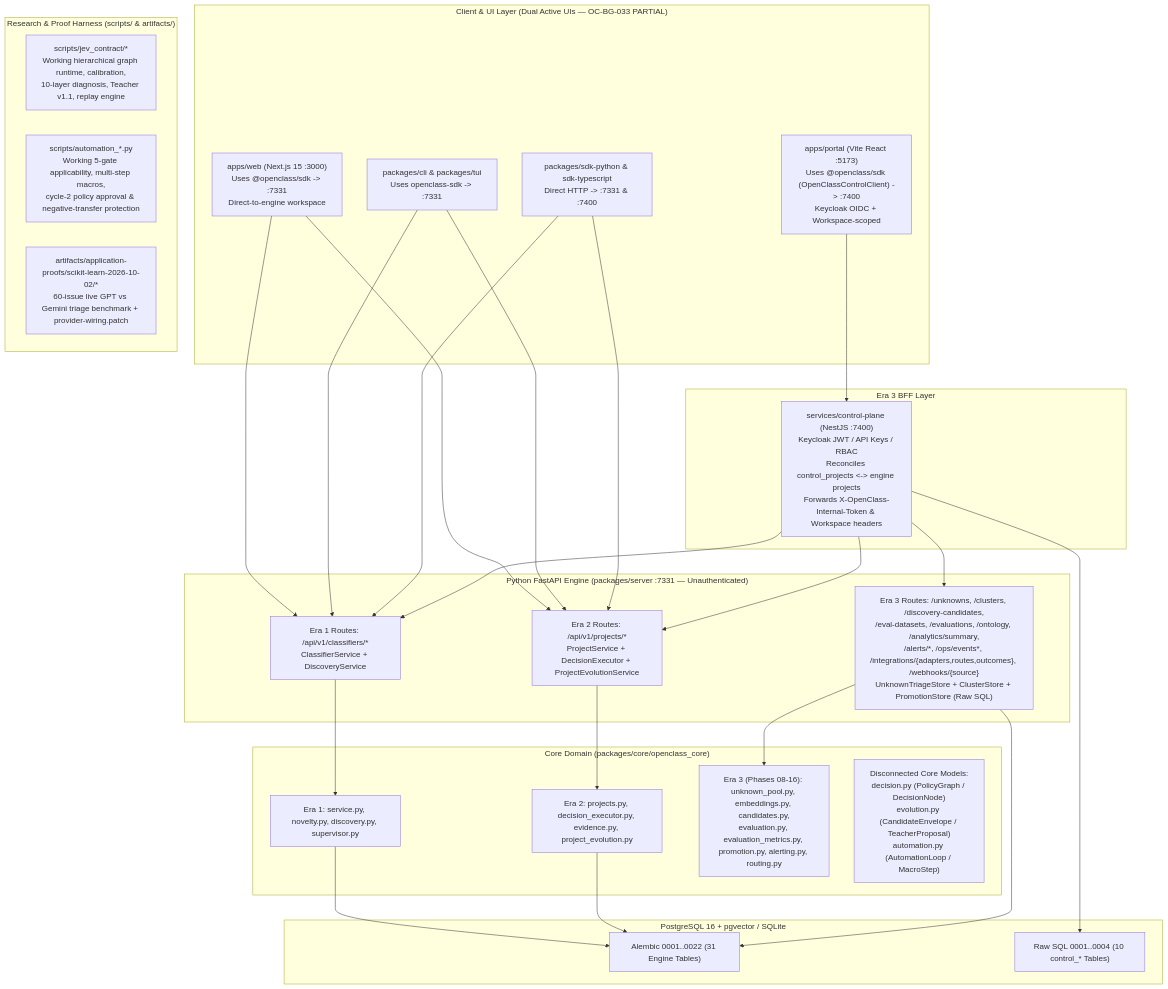
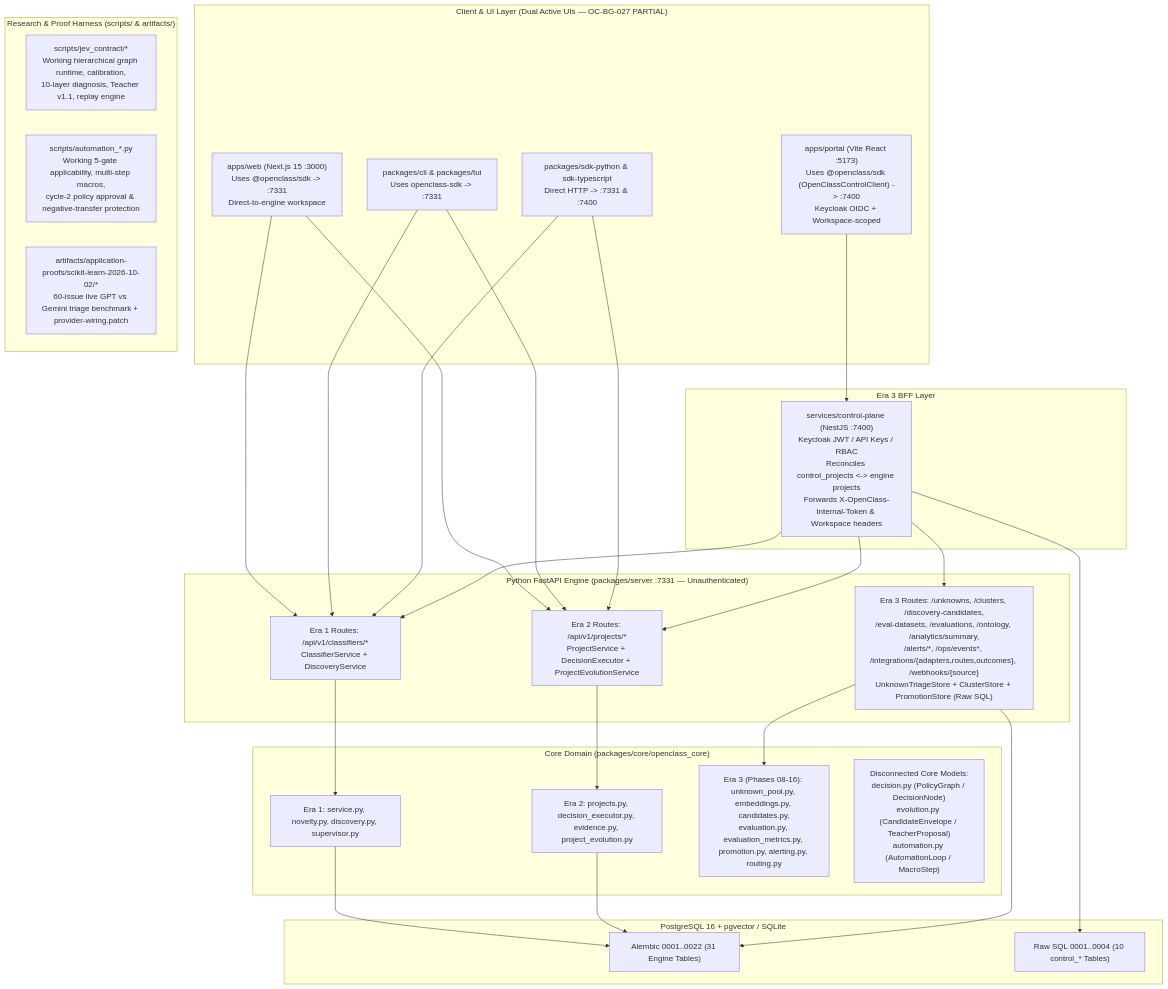
One commit to yassincodes404/OpenClass changed the diagram in docs/agentic-engineering/01-system-map-and-reconciliation.md. Above: the diagram before and after it, drawn with Mermaid. The commit also changed other lines of this file and 44 other files, not shown here.

````diff
--- a/docs/agentic-engineering/01-system-map-and-reconciliation.md
+++ b/docs/agentic-engineering/01-system-map-and-reconciliation.md
@@ -14,55 +14,55 @@
 ```mermaid
 flowchart TB
-  subgraph Clients["Client & UI Layer (Dual Active UIs — OC-BG-033 PARTIAL)"]
+  subgraph Clients["Client & UI Layer (Dual Active UIs — OC-BG-027 PARTIAL)"]
     WEB["apps/web (Next.js 15 :3000)<br/>Uses @openclass/sdk -> :7331<br/>Direct-to-engine workspace"]
     PORTAL["apps/portal (Vite React :5173)<br/>Uses @openclass/sdk (OpenClassControlClient) -> :7400<br/>Keycloak OIDC + Workspace-scoped"]
     CLI["packages/cli & packages/tui<br/>Uses openclass-sdk -> :7331"]
     SDKS["packages/sdk-python & sdk-typescript<br/>Direct HTTP -> :7331 & :7400"]
   end
 
   subgraph ControlPlane["Era 3 BFF Layer"]
     CP["services/control-plane (NestJS :7400)<br/>Keycloak JWT / API Keys / RBAC<br/>Reconciles control_projects <-> engine projects<br/>Forwards X-OpenClass-Internal-Token & Workspace headers"]
   end
 
   subgraph Engine["Python FastAPI Engine (packages/server :7331 — Unauthenticated)"]
     API_CLASS["Era 1 Routes: /api/v1/classifiers/*<br/>ClassifierService + DiscoveryService"]
     API_PROJ["Era 2 Routes: /api/v1/projects/*<br/>ProjectService + DecisionExecutor + ProjectEvolutionService"]
     API_PORTAL["Era 3 Routes: /unknowns, /clusters, /discovery-candidates,<br/>/eval-datasets, /evaluations, /ontology, /analytics/summary,<br/>/alerts/*, /ops/events*, /integrations/{adapters,routes,outcomes}, /webhooks/{source}<br/>UnknownTriageStore + ClusterStore + PromotionStore (Raw SQL)"]
   end
 
   subgraph Core["Core Domain (packages/core/openclass_core)"]
     CORE_ERA1["Era 1: service.py, novelty.py, discovery.py, supervisor.py"]
     CORE_ERA2["Era 2: projects.py, decision_executor.py, evidence.py, project_evolution.py"]
     CORE_ERA3["Era 3 (Phases 08-16): unknown_pool.py, embeddings.py, candidates.py,<br/>evaluation.py, evaluation_metrics.py, promotion.py, alerting.py, routing.py"]
     CORE_ERA2B["Disconnected Core Models:<br/>decision.py (PolicyGraph / DecisionNode)<br/>evolution.py (CandidateEnvelope / TeacherProposal)<br/>automation.py (AutomationLoop / MacroStep)"]
   end
 
   subgraph Research["Research & Proof Harness (scripts/ & artifacts/)"]
     JEV_HARNESS["scripts/jev_contract/*<br/>Working hierarchical graph runtime, calibration,<br/>10-layer diagnosis, Teacher v1.1, replay engine"]
     AUTO_HARNESS["scripts/automation_*.py<br/>Working 5-gate applicability, multi-step macros,<br/>cycle-2 policy approval & negative-transfer protection"]
     APP_PROOFS["artifacts/application-proofs/scikit-learn-2026-10-02/*<br/>60-issue live GPT vs Gemini triage benchmark + provider-wiring.patch"]
   end
 
   subgraph Storage["PostgreSQL 16 + pgvector / SQLite"]
     PG_ENGINE["Alembic 0001..0022 (31 Engine Tables)"]
     PG_CP["Raw SQL 0001..0004 (10 control_* Tables)"]
   end
 
   WEB --> API_CLASS
   WEB --> API_PROJ
   CLI --> API_CLASS
   CLI --> API_PROJ
   SDKS --> API_CLASS
   SDKS --> API_PROJ
   PORTAL --> CP
   CP --> PG_CP
   CP --> API_CLASS
   CP --> API_PROJ
   CP --> API_PORTAL
   API_CLASS --> CORE_ERA1
   API_PROJ --> CORE_ERA2
   API_PORTAL --> CORE_ERA3
   CORE_ERA1 --> PG_ENGINE
   CORE_ERA2 --> PG_ENGINE
   API_PORTAL --> PG_ENGINE
 ```
````
